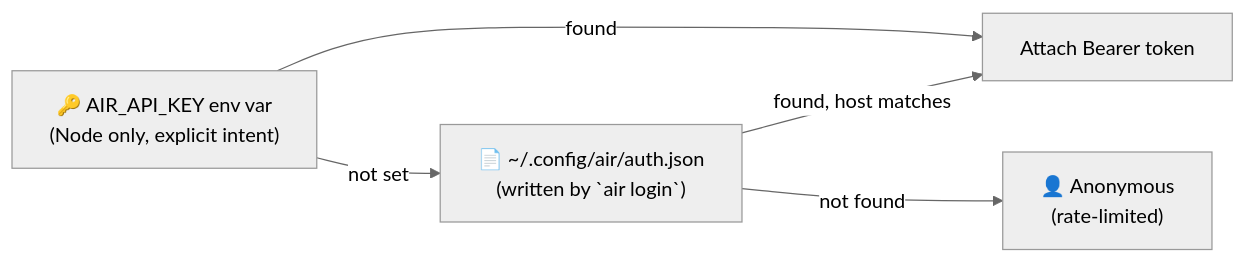
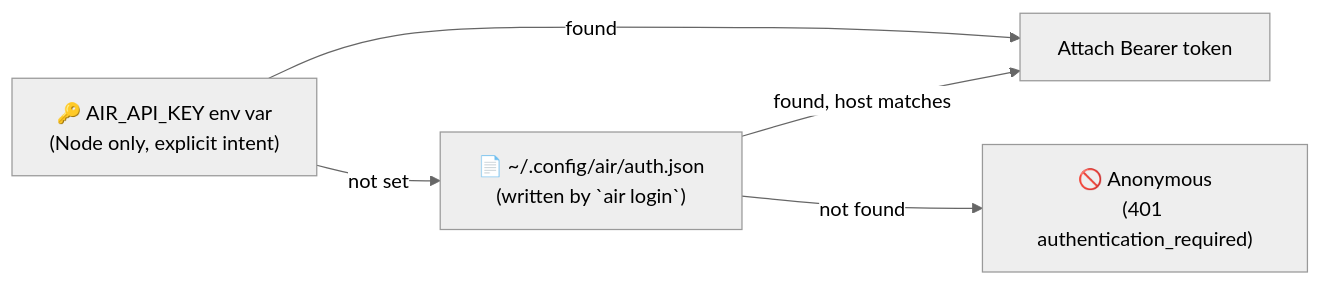
The second of 2 diagrams in README.md (airanks-net/js-sdk), drawn with Mermaid (neutral theme) before and after one commit. The commit also changed other lines of this file, not shown here.

First line of the commit message:
docs: 🔒 README reflects mandatory auth — anonymous now gets a hard 401

````diff
--- a/README.md
+++ b/README.md
@@ -120,7 +125,7 @@
 ```mermaid
 flowchart LR
     A["🔑 AIR_API_KEY env var\n(Node only, explicit intent)"] -->|found| T["Attach Bearer token"]
     A -->|not set| B["📄 ~/.config/air/auth.json\n(written by `air login`)"]
     B -->|found, host matches| T
-    B -->|not found| C["👤 Anonymous\n(rate-limited)"]
+    B -->|not found| C["🚫 Anonymous\n(401 authentication_required)"]
 ```
````
